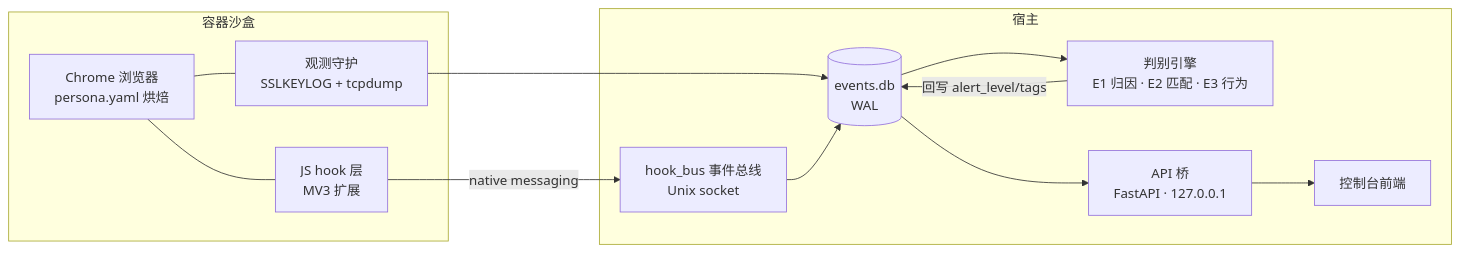
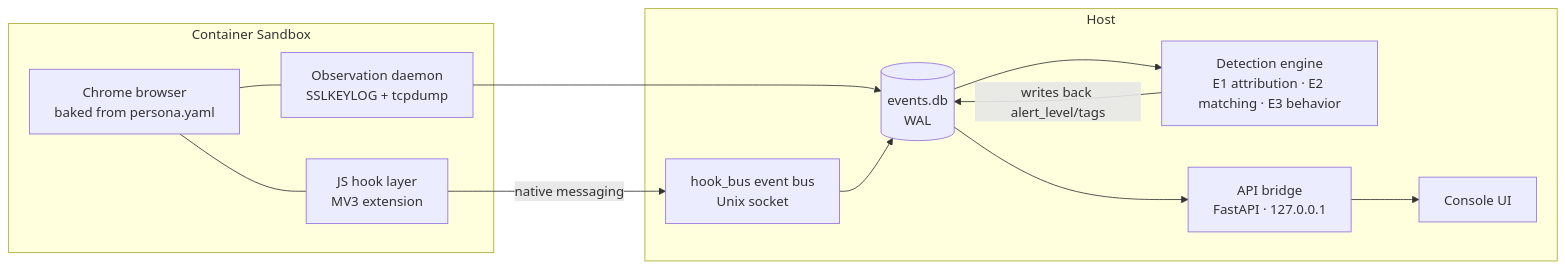
Before and after one commit to evo-Vonish/Doppel: the diagram in README.md, drawn with Mermaid. The commit also changed other lines of this file and 1 other file, not shown here.

````diff
--- a/README.md
+++ b/README.md
@@ -29,23 +31,23 @@
 ```mermaid
 flowchart LR
-    subgraph 容器沙盒
-        Chrome[Chrome 浏览器<br/>persona.yaml 烘焙]
-        Hook[JS hook 层<br/>MV3 扩展]
-        Obs[观测守护<br/>SSLKEYLOG + tcpdump]
+    subgraph Container Sandbox
+        Chrome[Chrome browser<br/>baked from persona.yaml]
+        Hook[JS hook layer<br/>MV3 extension]
+        Obs[Observation daemon<br/>SSLKEYLOG + tcpdump]
         Chrome --- Hook
         Chrome --- Obs
     end
-    subgraph 宿主
-        Bus[hook_bus 事件总线<br/>Unix socket]
+    subgraph Host
+        Bus[hook_bus event bus<br/>Unix socket]
         Store[(events.db<br/>WAL)]
-        Engine[判别引擎<br/>E1 归因 · E2 匹配 · E3 行为]
-        API[API 桥<br/>FastAPI · 127.0.0.1]
-        UI[控制台前端]
+        Engine[Detection engine<br/>E1 attribution · E2 matching · E3 behavior]
+        API[API bridge<br/>FastAPI · 127.0.0.1]
+        UI[Console UI]
         Hook -->|native messaging| Bus
         Obs --> Store
         Bus --> Store
         Store --> Engine
-        Engine -->|回写 alert_level/tags| Store
+        Engine -->|writes back alert_level/tags| Store
         Store --> API --> UI
     end
 ```
````
